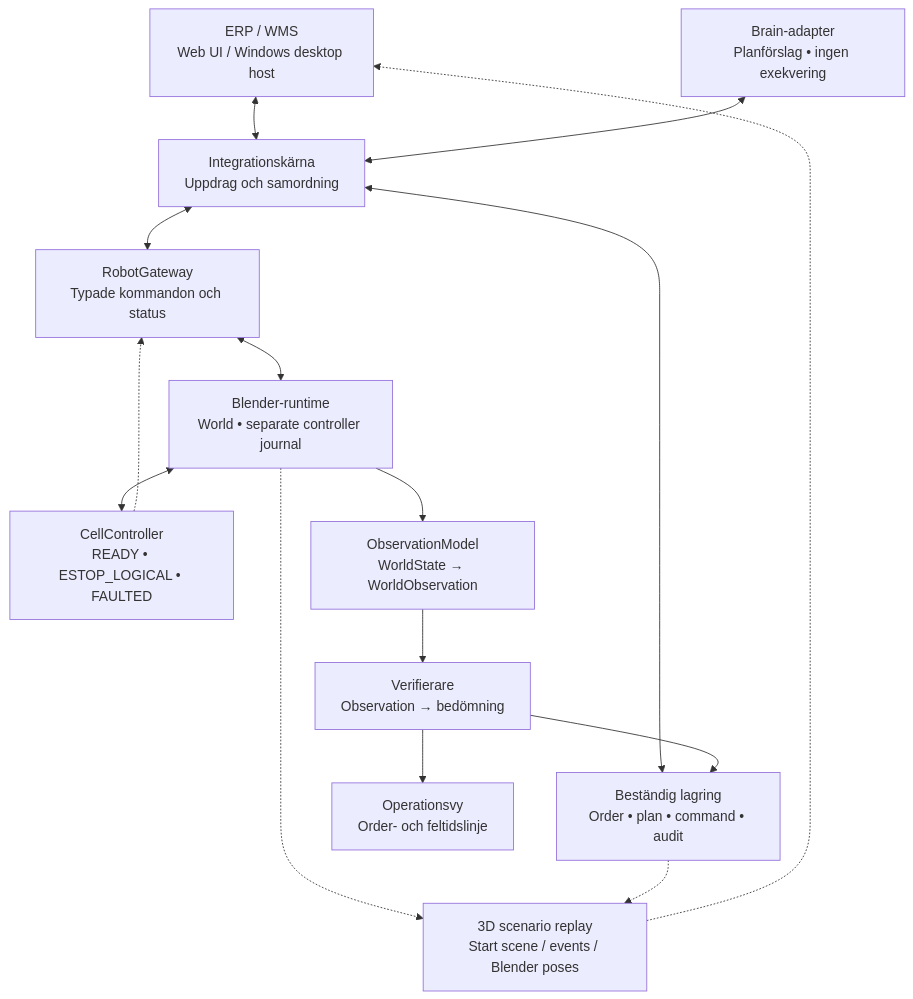
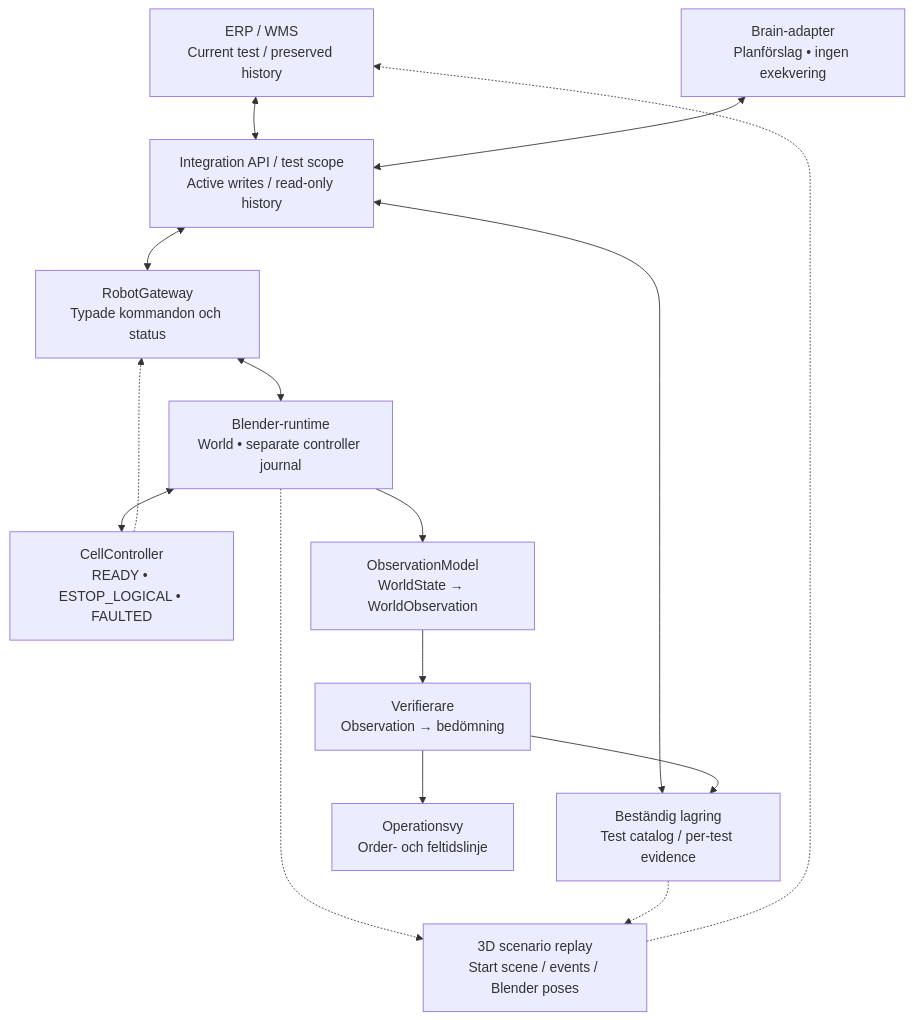
The diagram in sources/diagrams/architecture.mmd (raal1600/SICS-RobotOps-Twin-E2E-Warehouse-Robotics-Integration-Simulator), drawn with Mermaid before and after one commit. The commit also changed 316 other files, not shown here.

```diff
--- a/sources/diagrams/architecture.mmd
+++ b/sources/diagrams/architecture.mmd
@@ -1,26 +1,26 @@
 flowchart TD
-  erp["ERP / WMS<br/>Web UI / Windows desktop host"]
-  core["Integrationskärna<br/>Uppdrag och samordning"]
+  erp["ERP / WMS<br/>Current test / preserved history"]
+  core["Integration API / test scope<br/>Active writes / read-only history"]
   gateway["RobotGateway<br/>Typade kommandon och status"]
   brain["Brain-adapter<br/>Planförslag • ingen exekvering"]
-  db["Beständig lagring<br/>Order • plan • command • audit"]
+  db["Beständig lagring<br/>Test catalog / per-test evidence"]
   world["Blender-runtime<br/>World • separate controller journal"]
   monitor["Operationsvy<br/>Order- och feltidslinje"]
   verify["Verifierare<br/>Observation → bedömning"]
   cell["CellController<br/>READY • ESTOP_LOGICAL • FAULTED"]
   observation["ObservationModel<br/>WorldState → WorldObservation"]
   replay["3D scenario replay<br/>Start scene / events / Blender poses"]
   erp <--> core
   core <--> gateway
   core <--> db
   gateway <--> world
   world <--> cell
   verify --> db
   verify --> monitor
   brain <--> core
   cell -.-> gateway
   world --> observation
   observation --> verify
   world -.-> replay
   replay -.-> erp
   db -.-> replay
```
